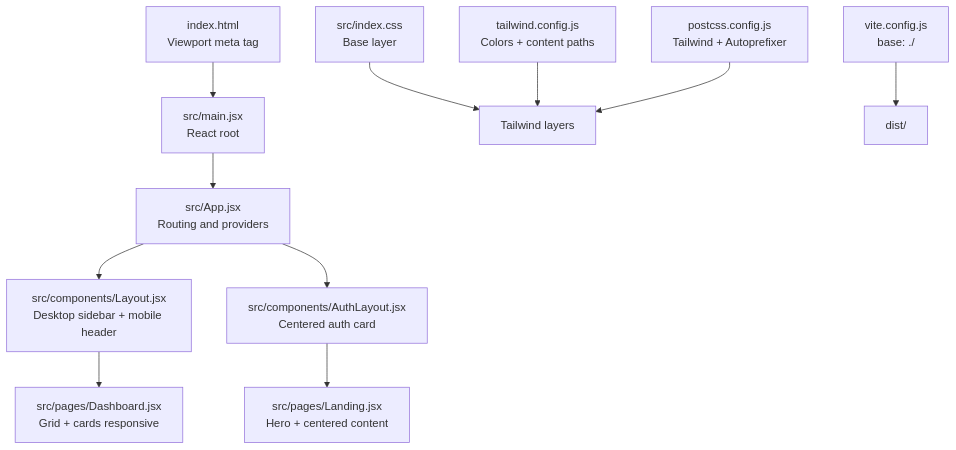
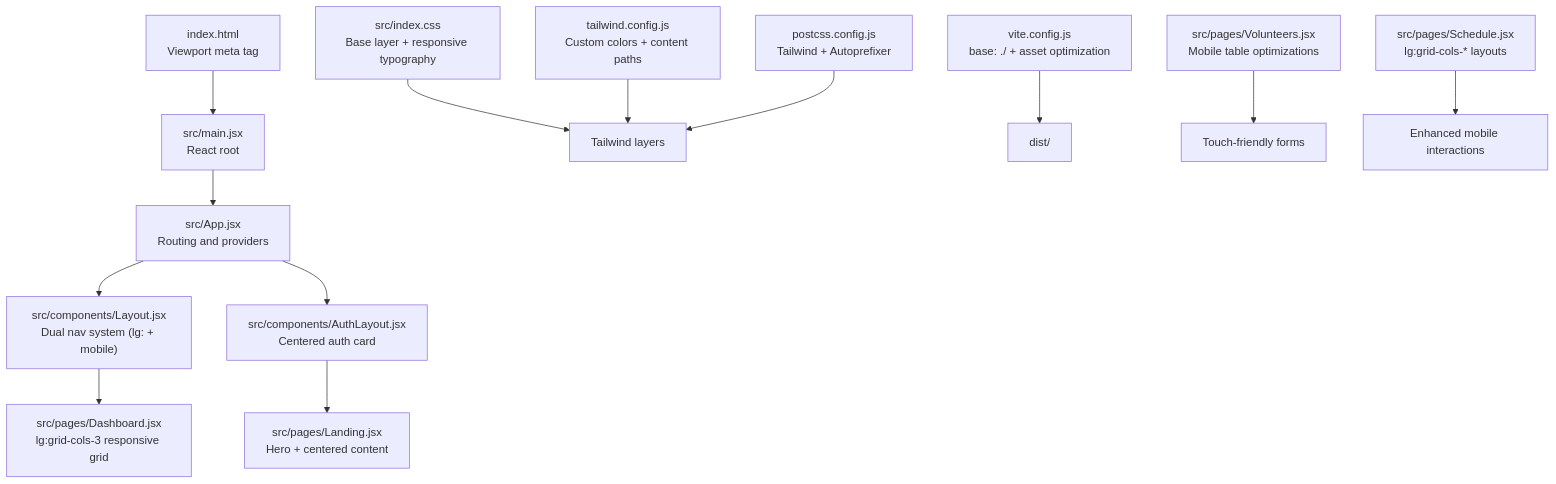
Before and after one commit to netdaniel/serveflow: the first of 4 diagrams in .qoder/repowiki/en/content/Mobile & Web Deployment/Responsive Design & Mobile Optimization.md, drawn with Mermaid. The commit also changed other lines of this file and 12 other files, not shown here.

````diff
--- a/.qoder/repowiki/en/content/Mobile & Web Deployment/Responsive Design & Mobile Optimization.md
+++ b/.qoder/repowiki/en/content/Mobile & Web Deployment/Responsive Design & Mobile Optimization.md
@@ -45,13 +56,15 @@
 ```mermaid
 graph TB
 A["index.html<br/>Viewport meta tag"] --> B["src/main.jsx<br/>React root"]
 B --> C["src/App.jsx<br/>Routing and providers"]
-C --> D["src/components/Layout.jsx<br/>Desktop sidebar + mobile header"]
+C --> D["src/components/Layout.jsx<br/>Dual nav system (lg: + mobile)"]
 C --> E["src/components/AuthLayout.jsx<br/>Centered auth card"]
-D --> F["src/pages/Dashboard.jsx<br/>Grid + cards responsive"]
+D --> F["src/pages/Dashboard.jsx<br/>lg:grid-cols-3 responsive grid"]
 E --> G["src/pages/Landing.jsx<br/>Hero + centered content"]
-H["src/index.css<br/>Base layer"] --> I["Tailwind layers"]
-J["tailwind.config.js<br/>Colors + content paths"] --> I
+H["src/index.css<br/>Base layer + responsive typography"] --> I["Tailwind layers"]
+J["tailwind.config.js<br/>Custom colors + content paths"] --> I
 K["postcss.config.js<br/>Tailwind + Autoprefixer"] --> I
-L["vite.config.js<br/>base: ./"] --> M["dist/<assets>"]
+L["vite.config.js<br/>base: ./ + asset optimization"] --> M["dist/<assets>"]
+N["src/pages/Volunteers.jsx<br/>Mobile table optimizations"] --> O["Touch-friendly forms"]
+P["src/pages/Schedule.jsx<br/>lg:grid-cols-* layouts"] --> Q["Enhanced mobile interactions"]
 ```
````
